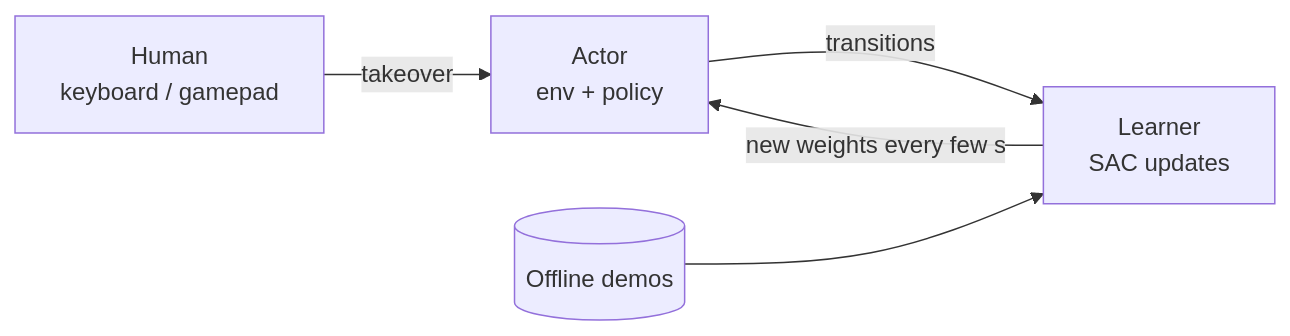
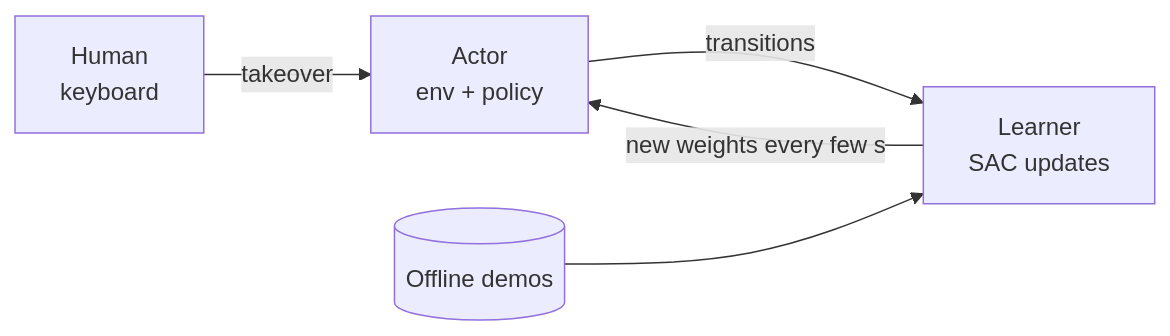
One commit to Gabro787/tp-hil-serl changed the diagram in TP.md. Above: the diagram before and after it, drawn with Mermaid. The commit also changed other lines of this file and 10 other files, not shown here.

````diff
--- a/TP.md
+++ b/TP.md
@@ -59,7 +59,7 @@
 ```mermaid
 flowchart LR
-    H[Human<br/>keyboard / gamepad] -->|takeover| A[Actor<br/>env + policy]
+    H[Human<br/>keyboard] -->|takeover| A[Actor<br/>env + policy]
     A -->|transitions| L[Learner<br/>SAC updates]
     L -->|new weights every few s| A
     D[(Offline demos)] --> L
 ```
````
